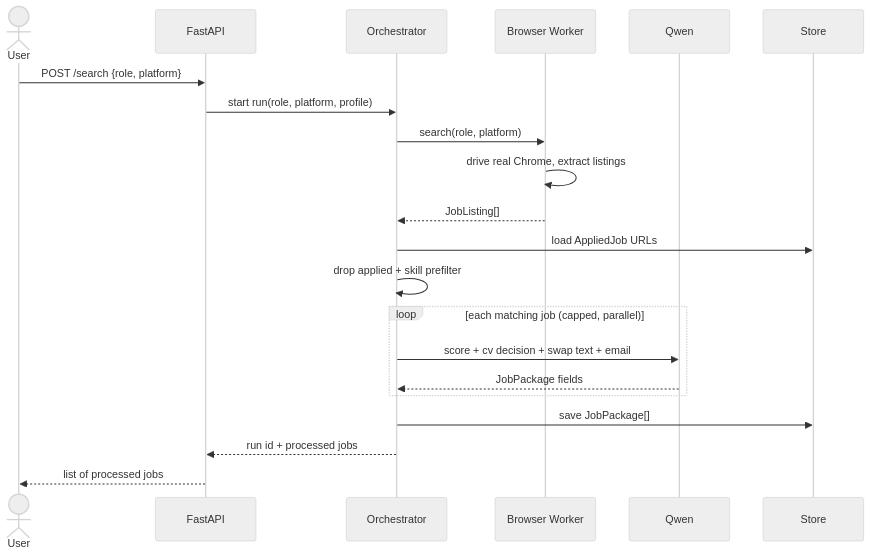
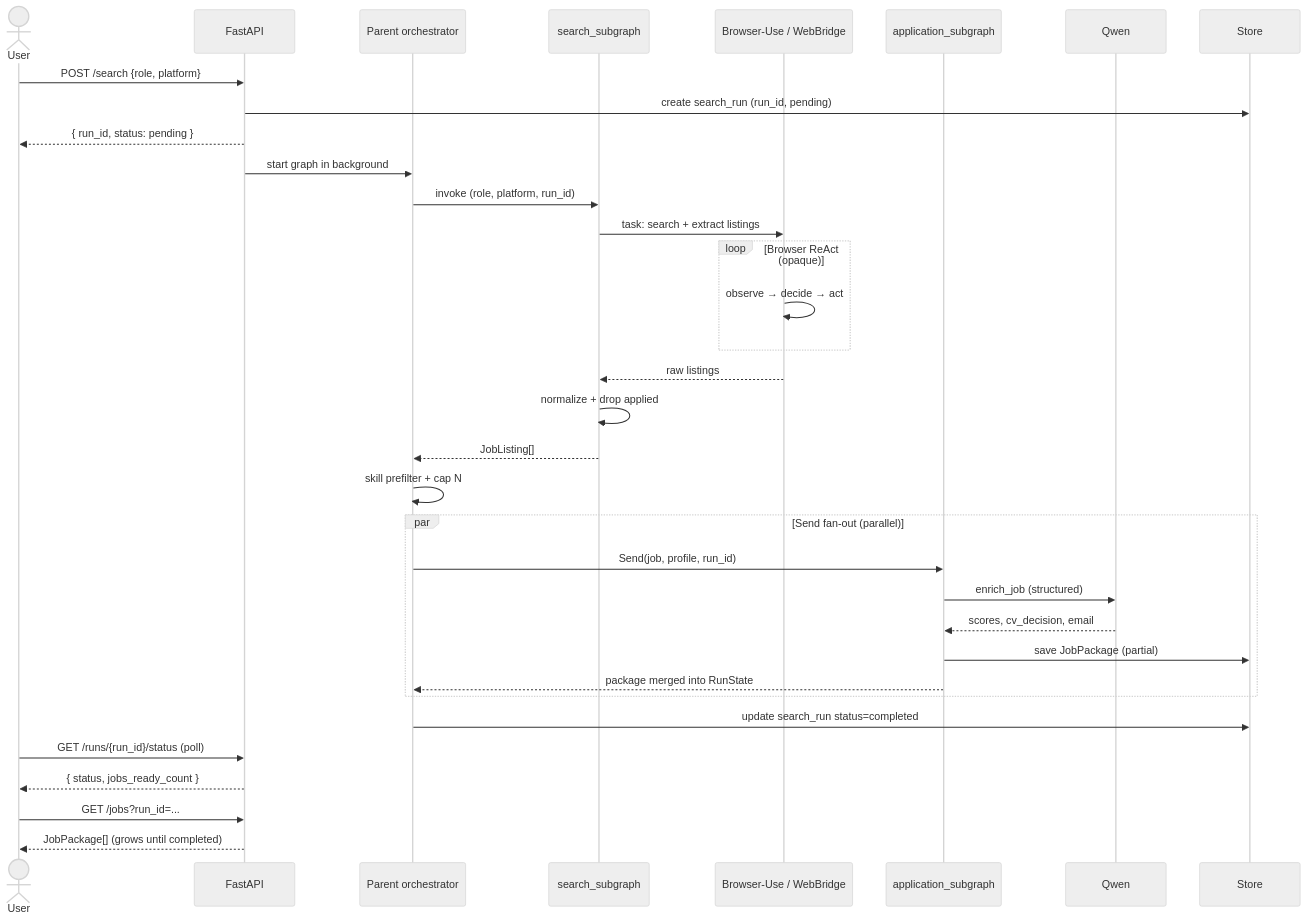
One commit to HamzaFayaz/JobPilot changed the ninth of 10 diagrams in System Design/JobPilot-System-Design.md. Above: the diagram before and after it, drawn with Mermaid (neutral theme). The commit also changed other lines of this file, not shown here.

Commit message:
Expand backend system design with LangGraph topology, API surface, and data models.

````diff
--- a/System Design/JobPilot-System-Design.md
+++ b/System Design/JobPilot-System-Design.md
@@ -249,24 +329,40 @@
 ```mermaid
 sequenceDiagram
     actor User
     participant API as FastAPI
-    participant Orch as Orchestrator
-    participant Worker as Browser Worker
+    participant Orch as Parent orchestrator
+    participant SearchSG as search_subgraph
+    participant Browser as Browser-Use / WebBridge
+    participant AppSG as application_subgraph
     participant LLM as Qwen
     participant DB as Store
 
     User->>API: POST /search {role, platform}
-    API->>Orch: start run(role, platform, profile)
-    Orch->>Worker: search(role, platform)
-    Worker->>Worker: drive real Chrome, extract listings
-    Worker-->>Orch: JobListing[]
-    Orch->>DB: load AppliedJob URLs
-    Orch->>Orch: drop applied + skill prefilter
-    loop each matching job (capped, parallel)
-        Orch->>LLM: score + cv decision + swap text + email
-        LLM-->>Orch: JobPackage fields
+    API->>DB: create search_run (run_id, pending)
+    API-->>User: { run_id, status: pending }
+    API->>Orch: start graph in background
+
+    Orch->>SearchSG: invoke (role, platform, run_id)
+    SearchSG->>Browser: task: search + extract listings
+    loop Browser ReAct (opaque)
+        Browser->>Browser: observe → decide → act
     end
-    Orch->>DB: save JobPackage[]
-    Orch-->>API: run id + processed jobs
-    API-->>User: list of processed jobs
+    Browser-->>SearchSG: raw listings
+    SearchSG->>SearchSG: normalize + drop applied
+    SearchSG-->>Orch: JobListing[]
+
+    Orch->>Orch: skill prefilter + cap N
+    par Send fan-out (parallel)
+        Orch->>AppSG: Send(job, profile, run_id)
+        AppSG->>LLM: enrich_job (structured)
+        LLM-->>AppSG: scores, cv_decision, email
+        AppSG->>DB: save JobPackage (partial)
+        AppSG-->>Orch: package merged into RunState
+    end
+
+    Orch->>DB: update search_run status=completed
+    User->>API: GET /runs/{run_id}/status (poll)
+    API-->>User: { status, jobs_ready_count }
+    User->>API: GET /jobs?run_id=...
+    API-->>User: JobPackage[] (grows until completed)
 ```
````
